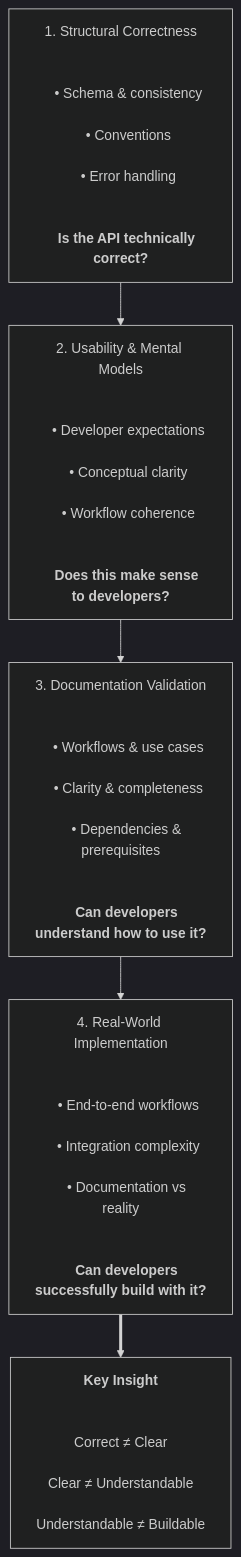
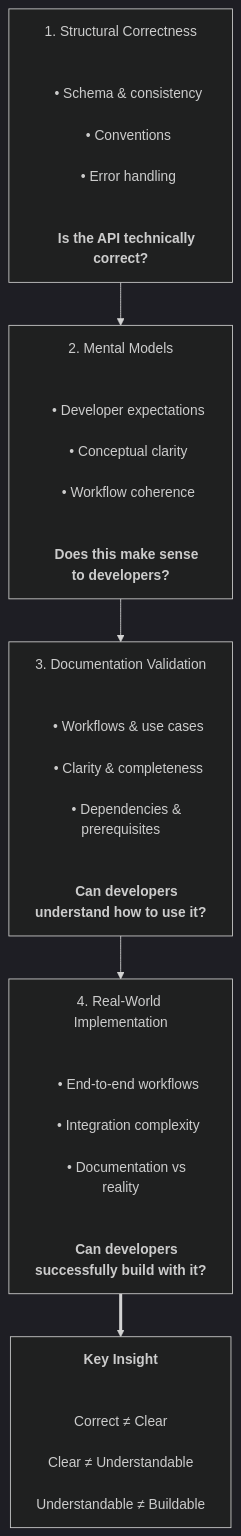
The diagram in README.md (alizas1/dx-evaluation-framework), drawn with Mermaid (dark theme) before and after one commit.

````diff
--- a/README.md
+++ b/README.md
@@ -52,35 +52,35 @@
 ```mermaid
 flowchart TB
     A["1. Structural Correctness<br/><br/>
     • Schema & consistency<br/>
     • Conventions<br/>
     • Error handling<br/><br/>
     <b>Is the API technically correct?</b>"]
 
-    B["2. Usability & Mental Models<br/><br/>
+    B["2. Mental Models<br/><br/>
     • Developer expectations<br/>
     • Conceptual clarity<br/>
     • Workflow coherence<br/><br/>
     <b>Does this make sense to developers?</b>"]
 
     C["3. Documentation Validation<br/><br/>
     • Workflows & use cases<br/>
     • Clarity & completeness<br/>
     • Dependencies & prerequisites<br/><br/>
     <b>Can developers understand how to use it?</b>"]
 
     D["4. Real-World Implementation<br/><br/>
     • End-to-end workflows<br/>
     • Integration complexity<br/>
     • Documentation vs reality<br/><br/>
     <b>Can developers successfully build with it?</b>"]
 
     A --> B --> C --> D
 
     E["<b>Key Insight</b><br/><br/>
     Correct ≠ Clear<br/>
     Clear ≠ Understandable<br/>
     Understandable ≠ Buildable"]
 
     D ==> E
 ```
````
